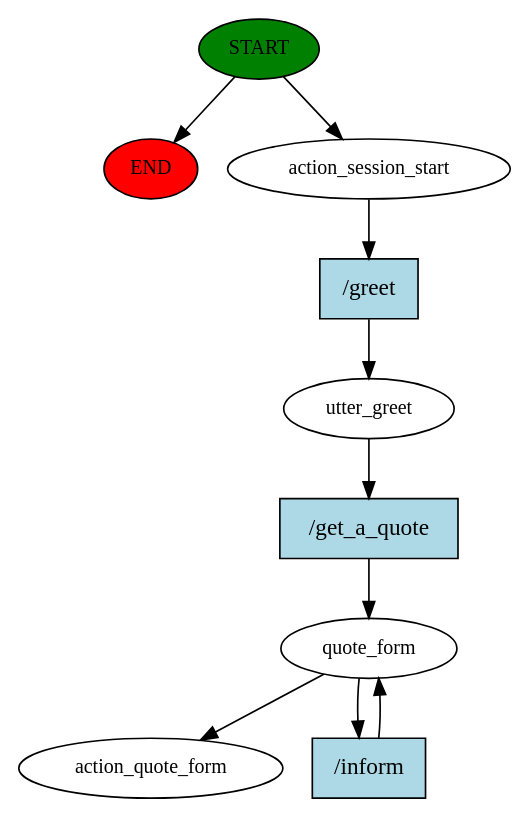
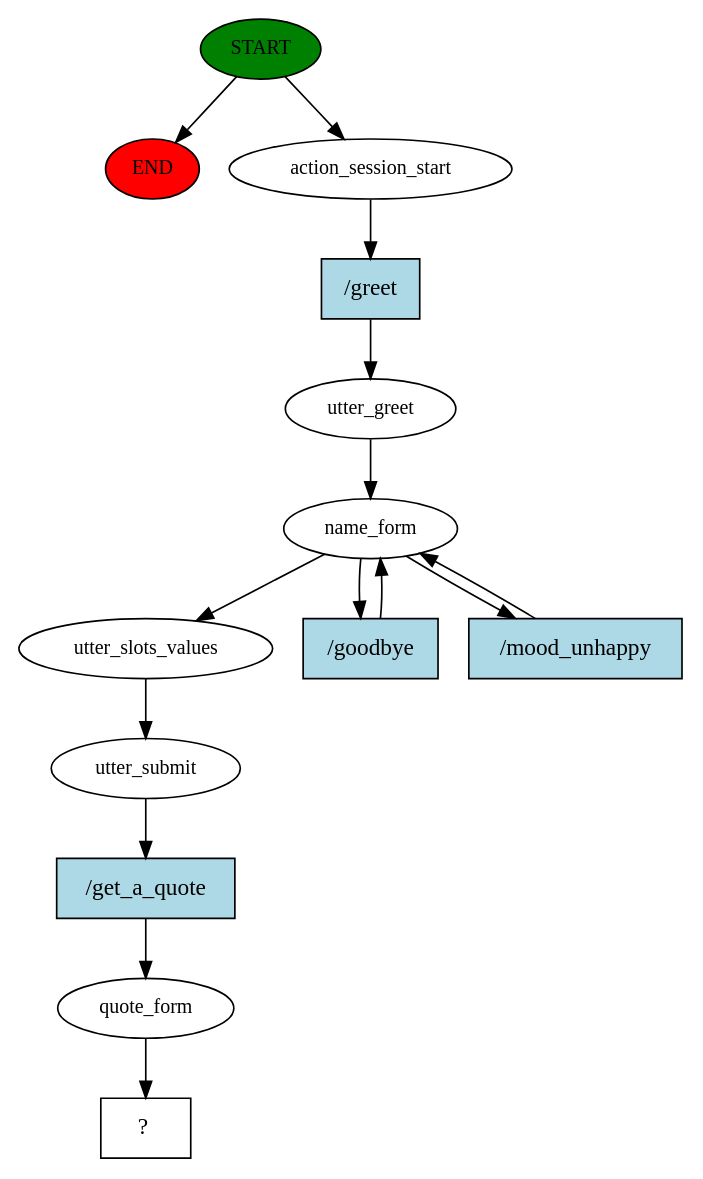
Before and after one commit to SiddharthChauhan303/AIChatBot: the diagram in story_graph.dot, drawn with Graphviz. The commit also changed 645 other files, not shown here.

```diff
--- a/story_graph.dot
+++ b/story_graph.dot
@@ -1,20 +1,29 @@
 digraph  {
 0 [class="start active", fillcolor=green, fontsize=12, label=START, style=filled];
 "-1" [class=end, fillcolor=red, fontsize=12, label=END, style=filled];
 1 [class=active, fontsize=12, label=action_session_start];
 2 [class=active, fontsize=12, label=utter_greet];
-3 [class=active, fontsize=12, label=quote_form];
-7 [class="dashed active", fontsize=12, label=action_quote_form];
-8 [class="intent active", fillcolor=lightblue, label="/greet", shape=rect, style=filled];
-9 [class="intent active", fillcolor=lightblue, label="/get_a_quote", shape=rect, style=filled];
-10 [class="intent active", fillcolor=lightblue, label="/inform", shape=rect, style=filled];
+3 [class=active, fontsize=12, label=name_form];
+6 [class=active, fontsize=12, label=utter_slots_values];
+7 [class=active, fontsize=12, label=utter_submit];
+8 [class=active, fontsize=12, label=quote_form];
+9 [class="intent dashed active", label="  ?  ", shape=rect];
+10 [class="intent active", fillcolor=lightblue, label="/greet", shape=rect, style=filled];
+11 [class="intent active", fillcolor=lightblue, label="/goodbye", shape=rect, style=filled];
+12 [class="intent active", fillcolor=lightblue, label="/mood_unhappy", shape=rect, style=filled];
+13 [class="intent active", fillcolor=lightblue, label="/get_a_quote", shape=rect, style=filled];
 0 -> "-1"  [class="", key=NONE, label=""];
 0 -> 1  [class=active, key=NONE, label=""];
-1 -> 8  [class=active, key=0];
-2 -> 9  [class=active, key=0];
-3 -> 7  [class=active, key=NONE, label=""];
-3 -> 10  [class=active, key=0];
-8 -> 2  [class=active, key=0];
-9 -> 3  [class=active, key=0];
-10 -> 3  [class=active, key=0];
+1 -> 10  [class=active, key=0];
+2 -> 3  [class=active, key=NONE, label=""];
+3 -> 6  [class=active, key=NONE, label=""];
+3 -> 11  [class=active, key=0];
+3 -> 12  [class=active, key=0];
+6 -> 7  [class=active, key=NONE, label=""];
+7 -> 13  [class=active, key=0];
+8 -> 9  [class=active, key=NONE, label=""];
+10 -> 2  [class=active, key=0];
+11 -> 3  [class=active, key=0];
+12 -> 3  [class=active, key=0];
+13 -> 8  [class=active, key=0];
 }
```
